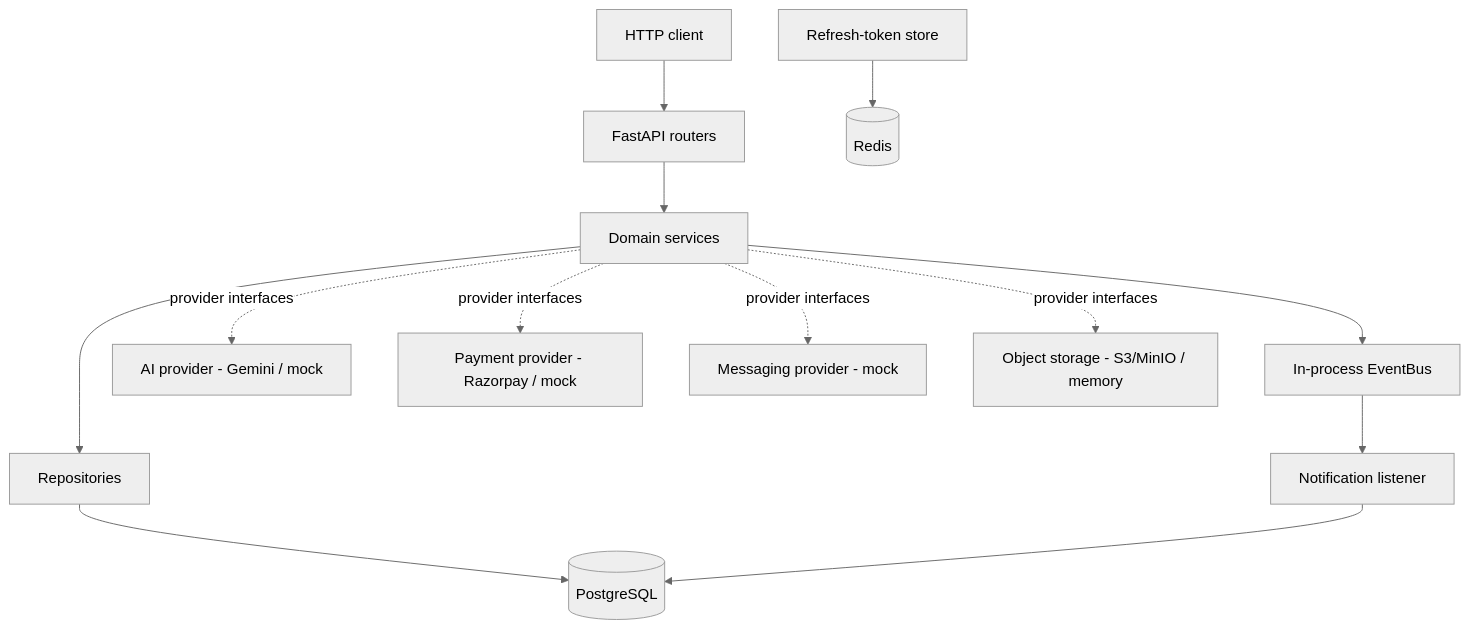
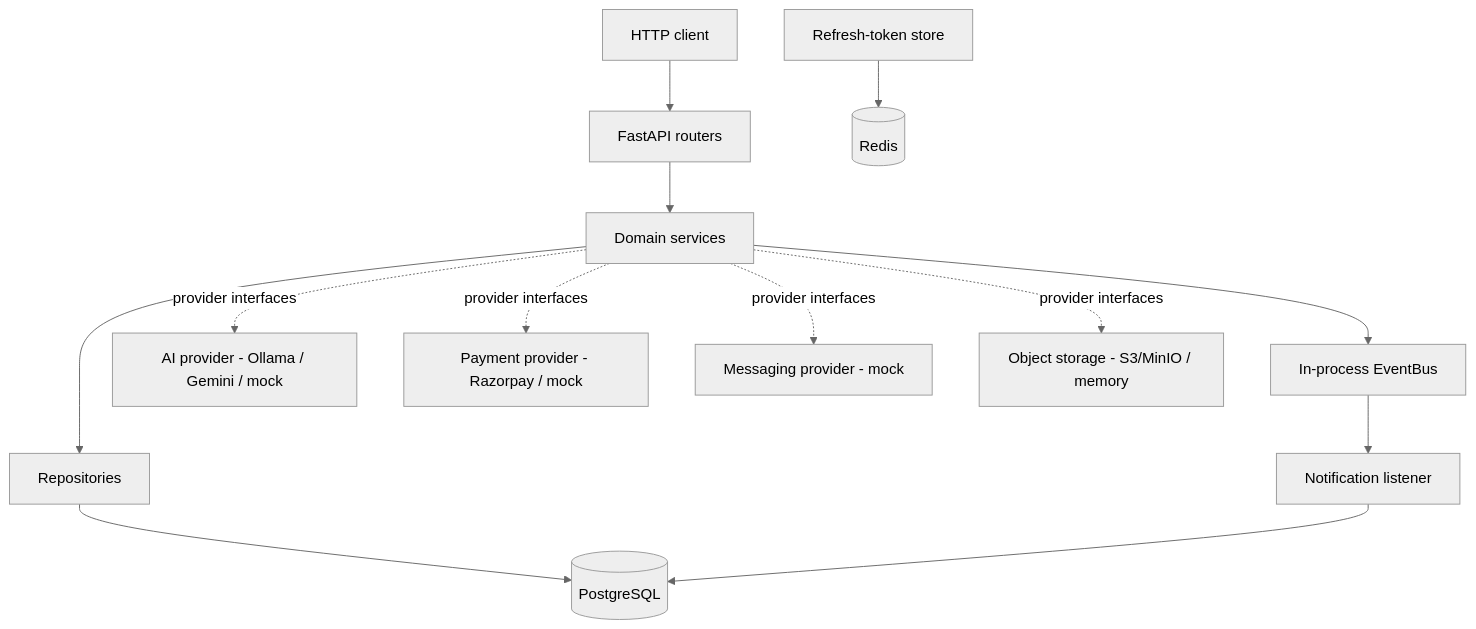
One commit to pranaykumareddy2005/vyapar-ai changed the diagram in README.md. Above: the diagram before and after it, drawn with Mermaid (neutral theme). The commit also changed other lines of this file and 30 other files, not shown here.

````diff
--- a/README.md
+++ b/README.md
@@ -115,17 +115,17 @@
 ```mermaid
 flowchart TD
     Client[HTTP client] --> API[FastAPI routers]
     API --> SVC[Domain services]
     SVC --> REPO[Repositories]
     REPO --> PG[(PostgreSQL)]
 
     SVC --> BUS[In-process EventBus]
     BUS --> NOTIF[Notification listener]
     NOTIF --> PG
 
-    SVC -. provider interfaces .-> AI[AI provider - Gemini / mock]
+    SVC -. provider interfaces .-> AI[AI provider - Ollama / Gemini / mock]
     SVC -. provider interfaces .-> PAY[Payment provider - Razorpay / mock]
     SVC -. provider interfaces .-> MSG[Messaging provider - mock]
     SVC -. provider interfaces .-> OBJ[Object storage - S3/MinIO / memory]
     AUTH[Refresh-token store] --> REDIS[(Redis)]
 ```
````
